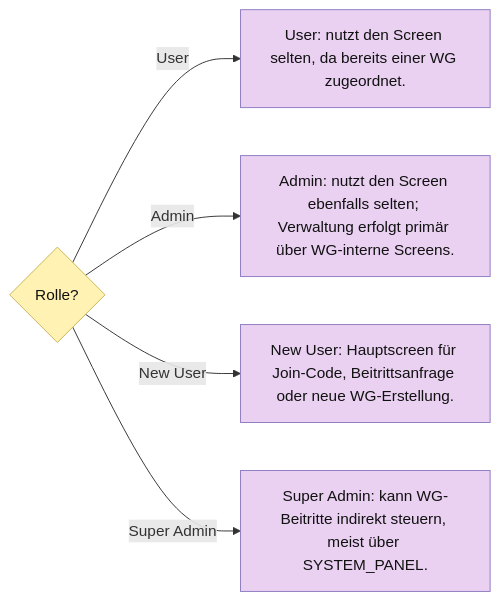
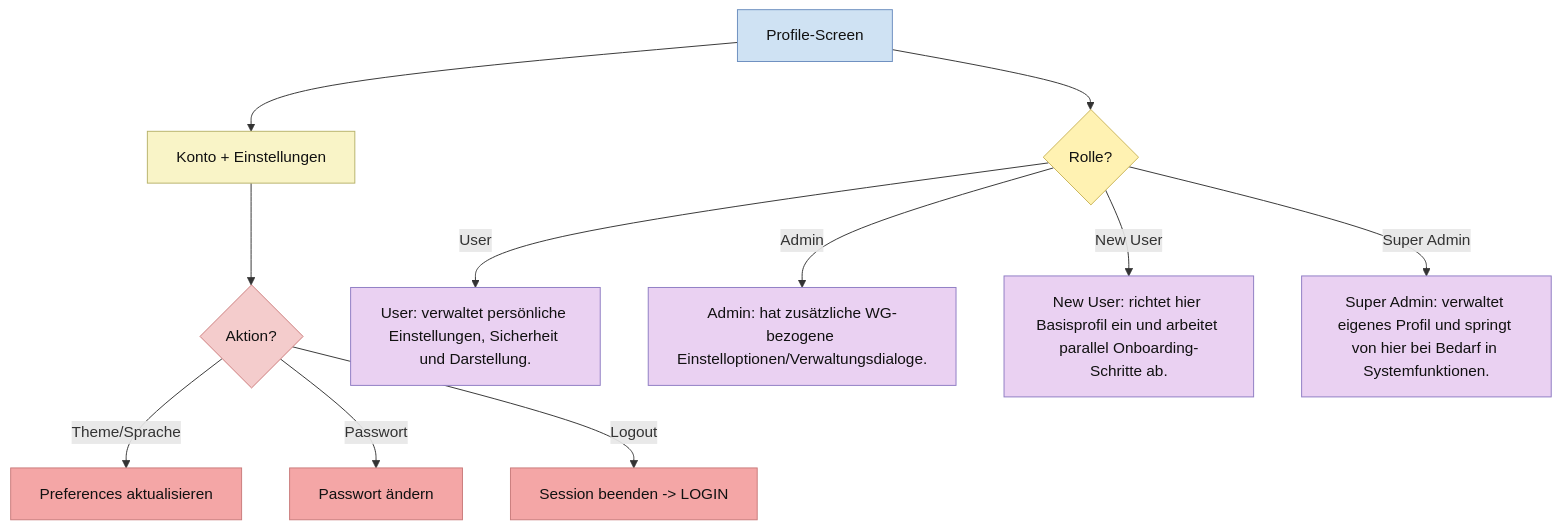
One commit to Nejy190501/WGManager changed diagram 17 of 27 in ABLAUFDIAGRAMM.md. Above: the diagram before and after it, drawn with Mermaid. The commit also changed other lines of this file, not shown here.

````diff
--- a/ABLAUFDIAGRAMM.md
+++ b/ABLAUFDIAGRAMM.md
@@ -621,23 +864,34 @@
 ```mermaid
-flowchart LR
-    R{"Rolle?"}
-    U["User: nutzt den Screen selten, da bereits einer WG zugeordnet."]
-    A["Admin: nutzt den Screen ebenfalls selten; Verwaltung erfolgt primär über WG-interne Screens."]
-    N["New User: Hauptscreen für Join-Code, Beitrittsanfrage oder neue WG-Erstellung."]
-    S["Super Admin: kann WG-Beitritte indirekt steuern, meist über SYSTEM_PANEL."]
-    R -->|User| U
-    R -->|Admin| A
-    R -->|New User| N
-    R -->|Super Admin| S
+flowchart TD
+    A["Profile-Screen"] --> B["Konto + Einstellungen"]
+    B --> C{"Aktion?"}
+    C -->|Theme/Sprache| D["Preferences aktualisieren"]
+    C -->|Passwort| E["Passwort ändern"]
+    C -->|Logout| F["Session beenden -> LOGIN"]
+
+
+    A --> RLQ{"Rolle?"}
+    RLU["User: verwaltet persönliche Einstellungen, Sicherheit und Darstellung."]
+    RLA["Admin: hat zusätzliche WG-bezogene Einstelloptionen/Verwaltungsdialoge."]
+    RLN["New User: richtet hier Basisprofil ein und arbeitet parallel Onboarding-Schritte ab."]
+    RLS["Super Admin: verwaltet eigenes Profil und springt von hier bei Bedarf in Systemfunktionen."]
+    RLQ -->|User| RLU
+    RLQ -->|Admin| RLA
+    RLQ -->|New User| RLN
+    RLQ -->|Super Admin| RLS
 
     classDef userAction fill:#ead1f2,stroke:#8e7cc3,color:#111;
     classDef systemAction fill:#f9f4c7,stroke:#b7b26a,color:#111;
     classDef userDecision fill:#f4cccc,stroke:#cc7a7a,color:#111;
     classDef systemDecision fill:#fff2b2,stroke:#c9b458,color:#111;
     classDef button fill:#f4a6a6,stroke:#c97b7b,color:#111;
     classDef userInput fill:#f8d7da,stroke:#d49aa2,color:#111;
     classDef screen fill:#cfe2f3,stroke:#6c8ebf,color:#111;
 
-    class R systemDecision;
-    class U,A,N,S userAction;
+    class B systemAction;
+    class C userDecision;
+    class D,E,F button;
+    class A screen;
+    class RLQ systemDecision;
+    class RLU,RLA,RLN,RLS userAction;
 ```
````
